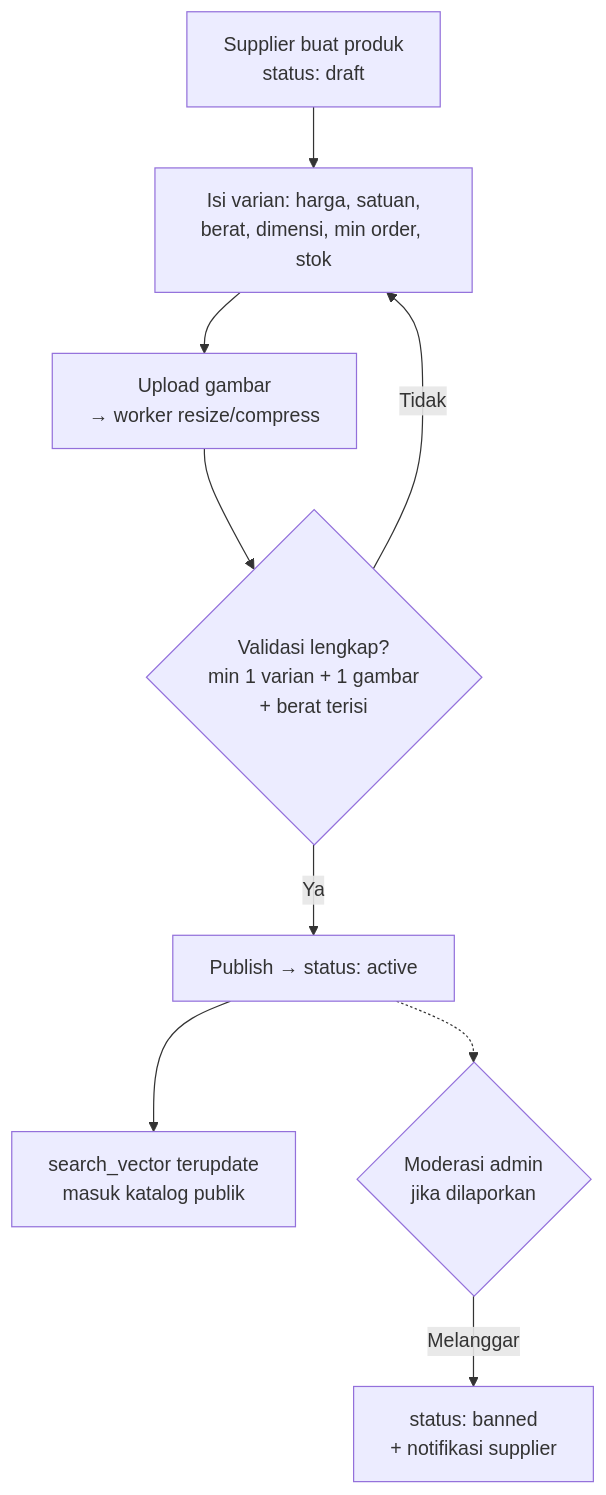
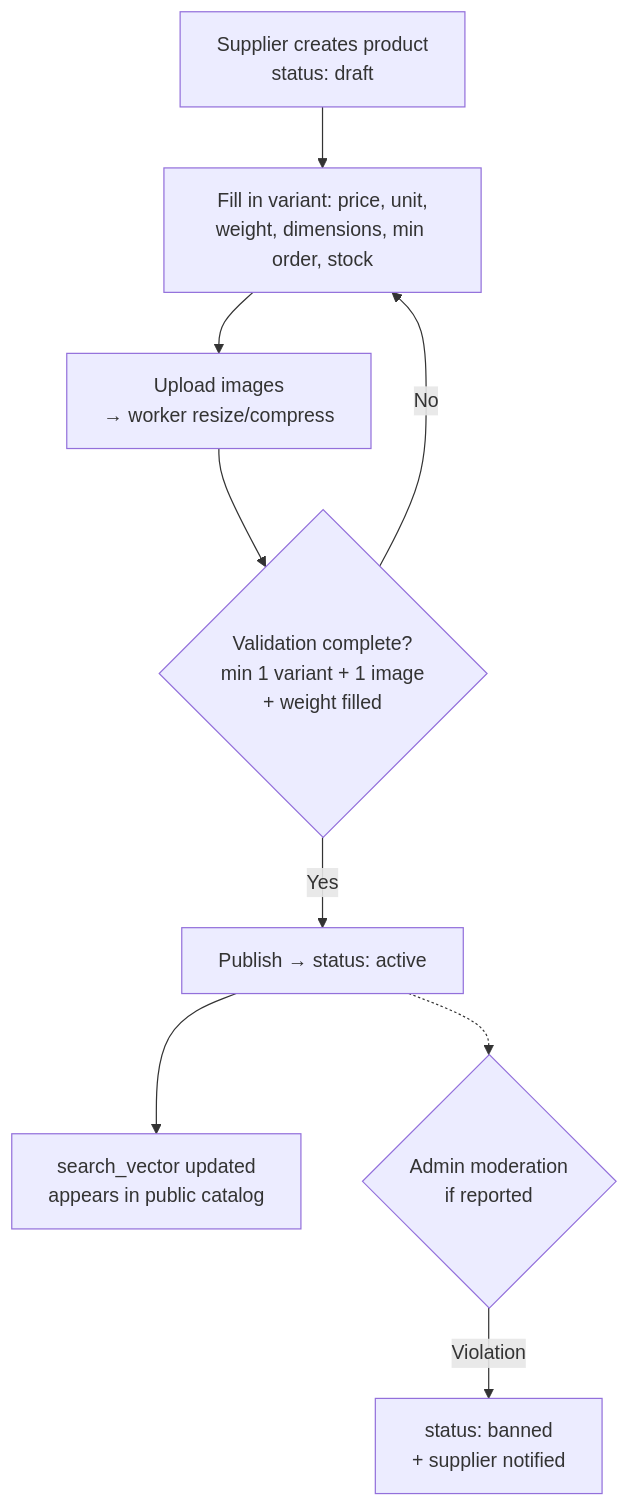
Before and after one commit to erdinhrmwn/bangunin-project: the tenth of 10 diagrams in docs/erd.md, drawn with Mermaid. The commit also changed other lines of this file and 2 other files, not shown here.

First line of the commit message:
docs: translate erd, requirements, struktur-project to English

````diff
--- a/docs/erd.md
+++ b/docs/erd.md
@@ -519,11 +519,11 @@
 ```mermaid
 flowchart TD
-    A[Supplier buat produk\nstatus: draft] --> B[Isi varian: harga, satuan,\nberat, dimensi, min order, stok]
-    B --> C[Upload gambar\n→ worker resize/compress]
-    C --> D{Validasi lengkap?\nmin 1 varian + 1 gambar\n+ berat terisi}
-    D -- Tidak --> B
-    D -- Ya --> E[Publish → status: active]
-    E --> F[search_vector terupdate\nmasuk katalog publik]
-    E -.-> G{Moderasi admin\njika dilaporkan}
-    G -- Melanggar --> H[status: banned\n+ notifikasi supplier]
+    A[Supplier creates product\nstatus: draft] --> B[Fill in variant: price, unit,\nweight, dimensions, min order, stock]
+    B --> C[Upload images\n→ worker resize/compress]
+    C --> D{Validation complete?\nmin 1 variant + 1 image\n+ weight filled}
+    D -- No --> B
+    D -- Yes --> E[Publish → status: active]
+    E --> F[search_vector updated\nappears in public catalog]
+    E -.-> G{Admin moderation\nif reported}
+    G -- Violation --> H[status: banned\n+ supplier notified]
 ```
````
